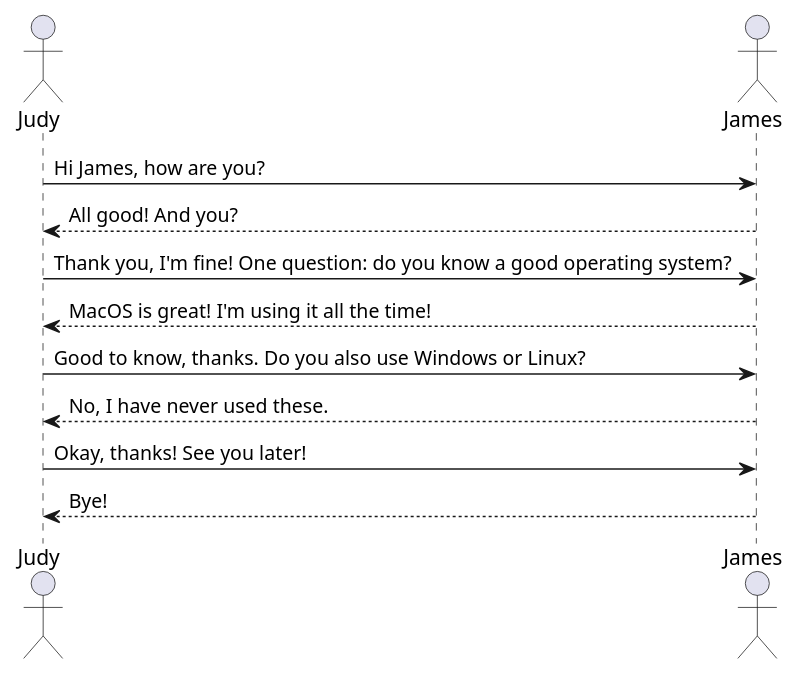
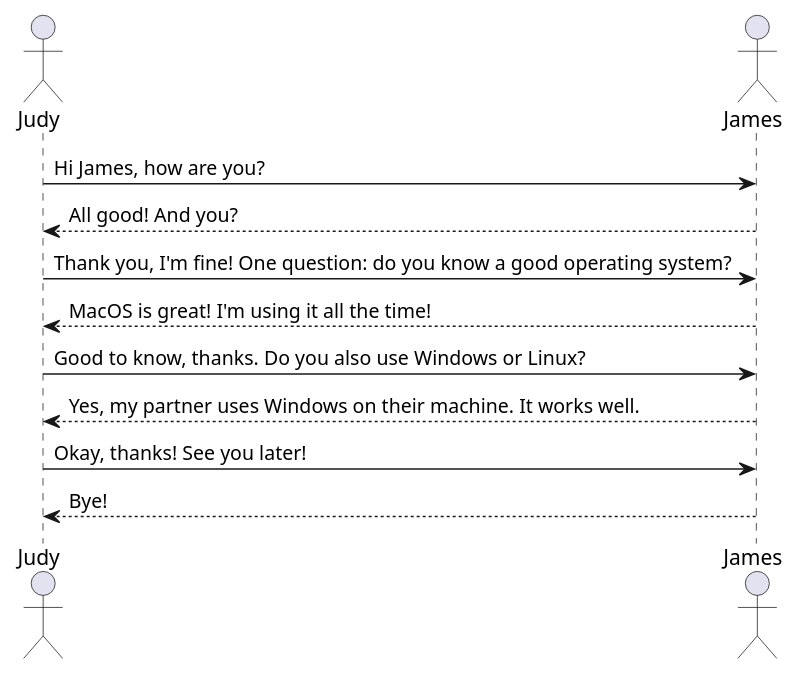
The diagram in assets/workspace-test/test2.puml (harcomaase/lsp-gpt), drawn with PlantUML before and after one commit. The commit also changed 4 other files, not shown here.

```diff
--- a/assets/workspace-test/test2.puml
+++ b/assets/workspace-test/test2.puml
@@ -1,15 +1,15 @@
 @startuml test document number 2
 
 actor a as "Judy"
 actor b as "James"
 
 a -> b : Hi James, how are you?
 b --> a : All good! And you?
 a -> b : Thank you, I'm fine! One question: do you know a good operating system?
 b --> a : MacOS is great! I'm using it all the time!
 a -> b : Good to know, thanks. Do you also use Windows or Linux?
-b --> a : No, I have never used these.
+b --> a : Yes, my partner uses Windows on their machine. It works well.
 a -> b : Okay, thanks! See you later!
 b --> a : Bye!
 
 @enduml
```
